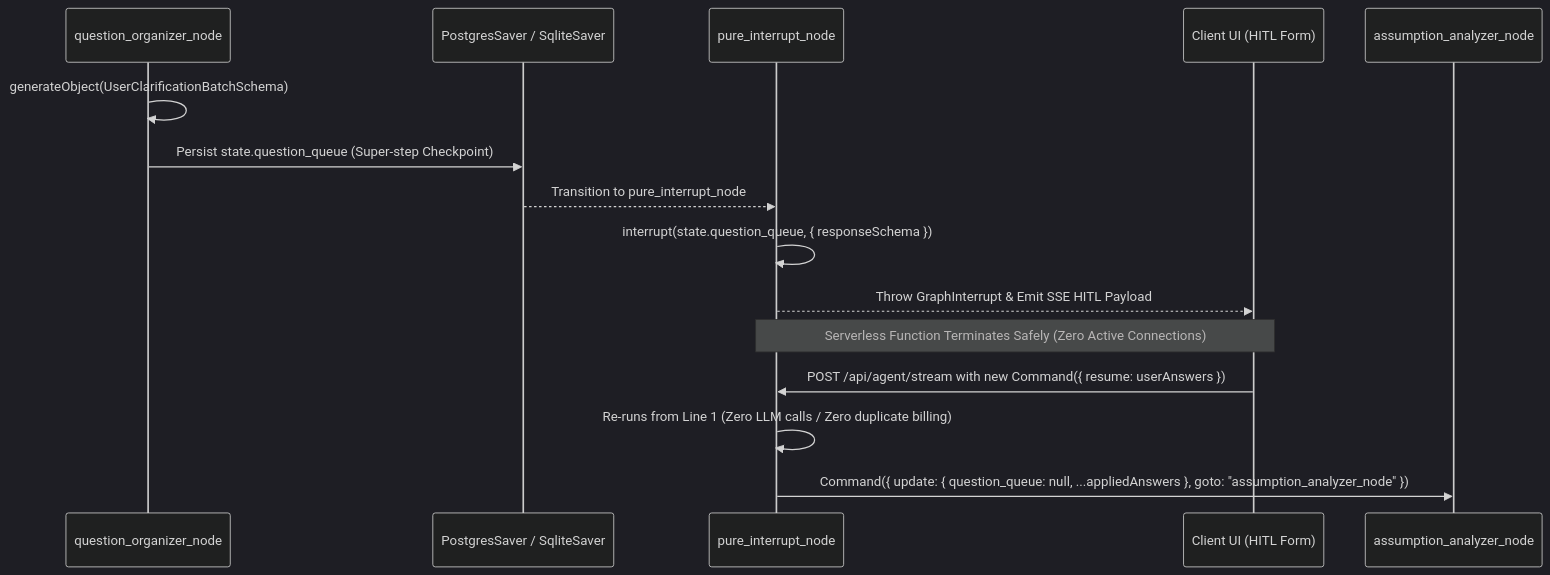
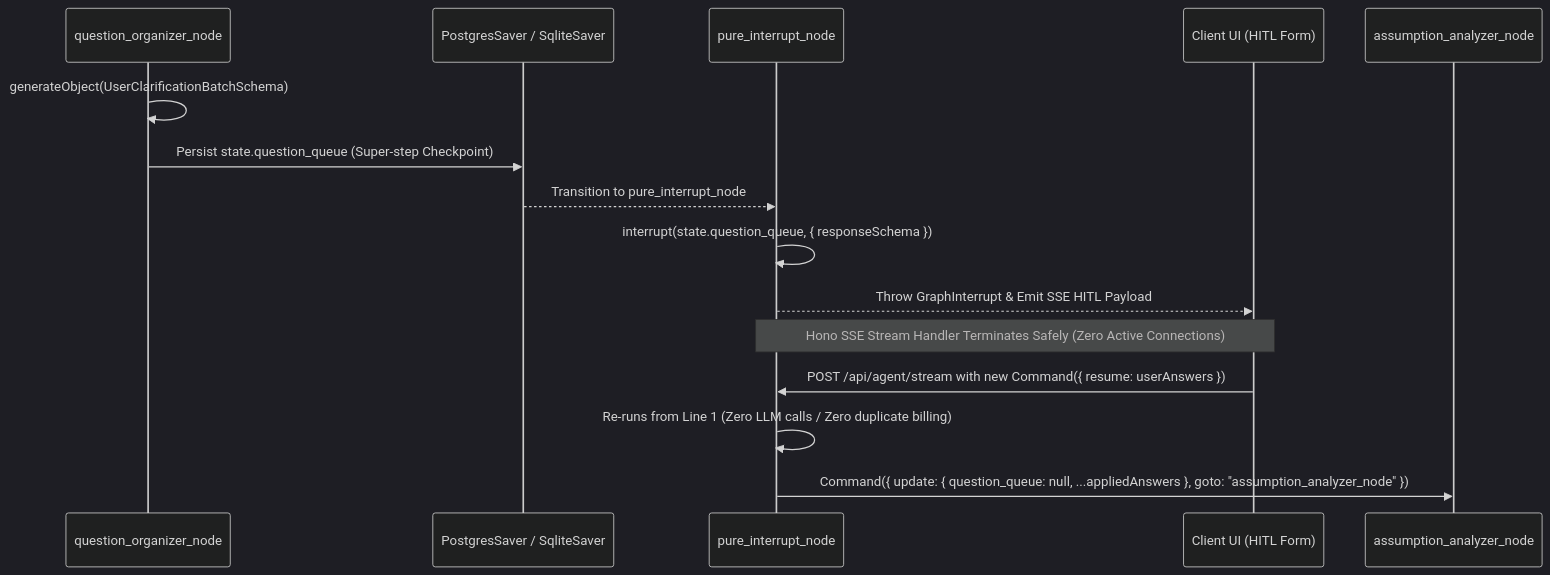
One commit to Abdullah931-stack/ELIXENT changed the second of 2 diagrams in docs/architecture/02_agent_orchestration_and_decision_engine.md. Above: the diagram before and after it, drawn with Mermaid (dark theme). The commit also changed other lines of this file and 23 other files, not shown here.

Commit message:
docs(architecture): align living specs, subsystem docs, guides, and debt register to Vite 6 & Hono

````diff
--- a/docs/architecture/02_agent_orchestration_and_decision_engine.md
+++ b/docs/architecture/02_agent_orchestration_and_decision_engine.md
@@ -460,18 +460,18 @@
 ```mermaid
 sequenceDiagram
     participant QNode as question_organizer_node
     participant Saver as PostgresSaver / SqliteSaver
     participant INode as pure_interrupt_node
     participant Client as Client UI (HITL Form)
     participant ANode as assumption_analyzer_node
 
     QNode->>QNode: generateObject(UserClarificationBatchSchema)
     QNode->>Saver: Persist state.question_queue (Super-step Checkpoint)
     Saver-->>INode: Transition to pure_interrupt_node
     INode->>INode: interrupt(state.question_queue, { responseSchema })
     INode-->>Client: Throw GraphInterrupt & Emit SSE HITL Payload
-    Note over INode,Client: Serverless Function Terminates Safely (Zero Active Connections)
+    Note over INode,Client: Hono SSE Stream Handler Terminates Safely (Zero Active Connections)
     Client->>INode: POST /api/agent/stream with new Command({ resume: userAnswers })
     INode->>INode: Re-runs from Line 1 (Zero LLM calls / Zero duplicate billing)
     INode->>ANode: Command({ update: { question_queue: null, ...appliedAnswers }, goto: "assumption_analyzer_node" })
 ```
````
